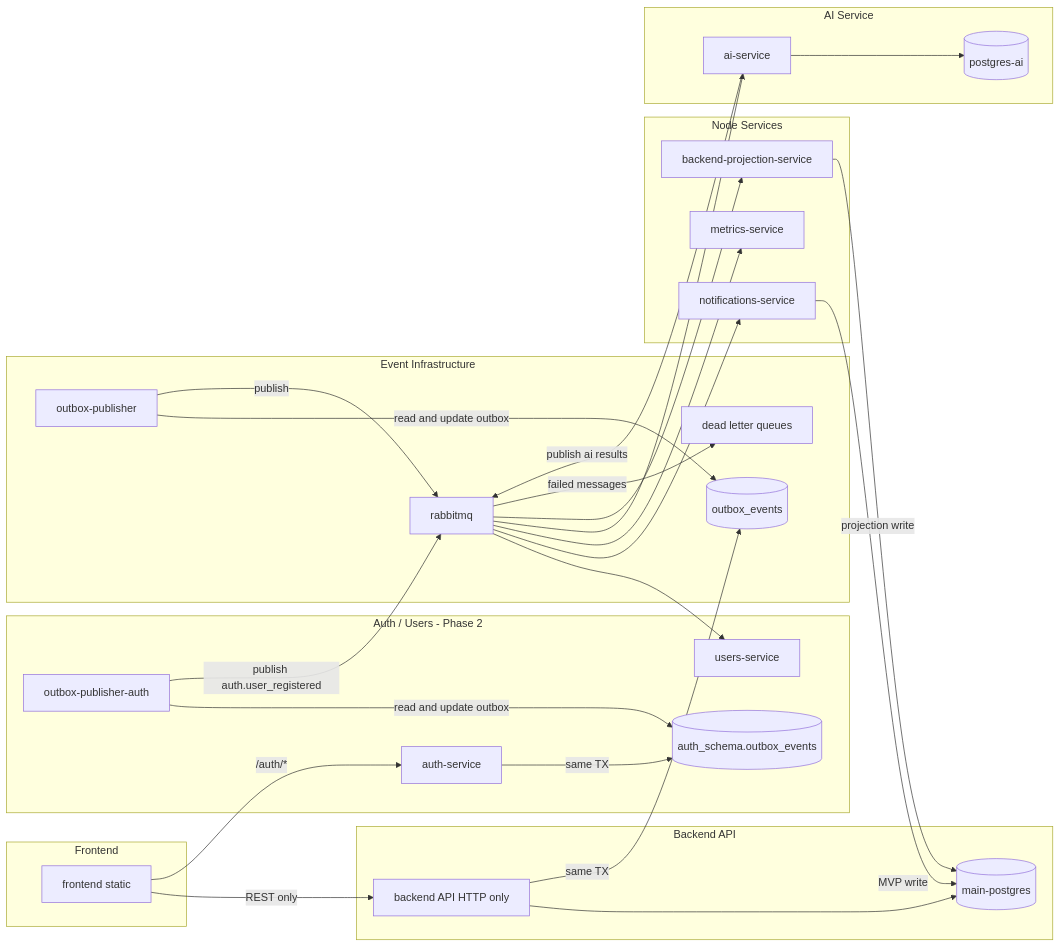
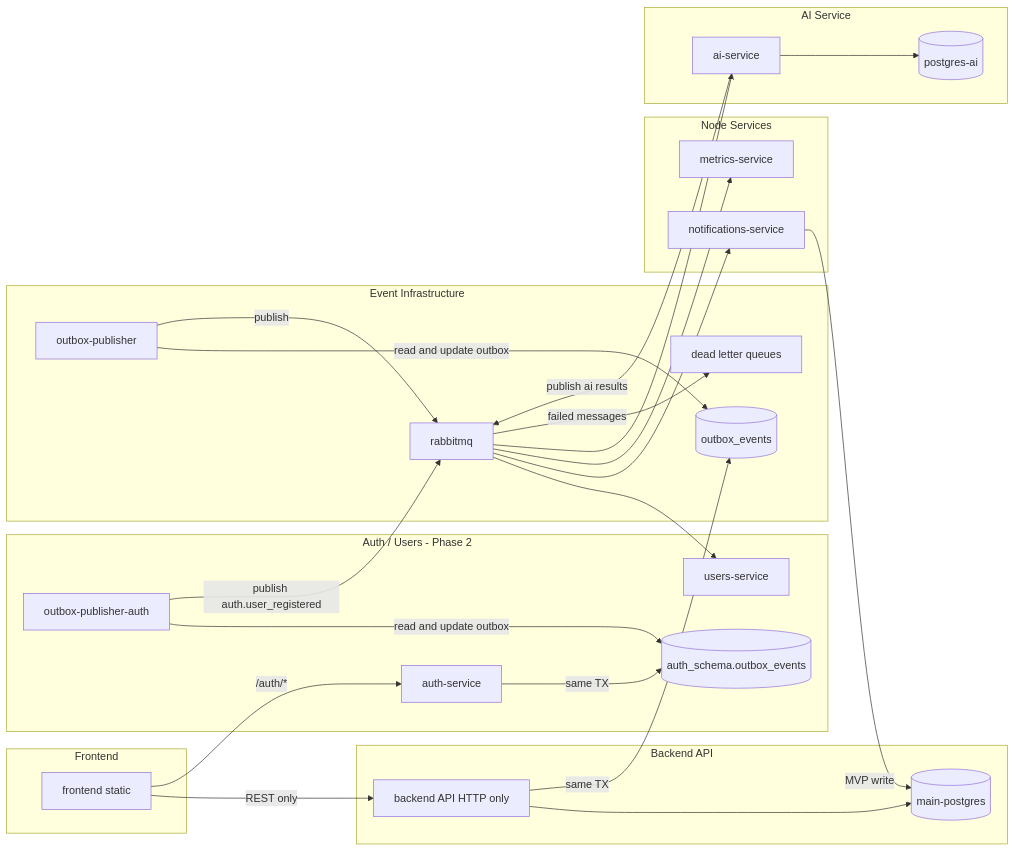
One commit to Vlad777mykola/crm-services changed the diagram in docs/architecture/target-production-architecture.md. Above: the diagram before and after it, drawn with Mermaid. The commit also changed other lines of this file and 57 other files, not shown here.

````diff
--- a/docs/architecture/target-production-architecture.md
+++ b/docs/architecture/target-production-architecture.md
@@ -35,56 +34,53 @@
 ```mermaid
 flowchart LR
   subgraph frontendLayer [Frontend]
     FE[frontend static]
   end
 
   subgraph apiLayer [Backend API]
     API[backend API HTTP only]
     PG[(main-postgres)]
   end
 
   subgraph authLayer [Auth / Users - Phase 2]
     AUTH[auth-service]
     AUTHOB[(auth_schema.outbox_events)]
     AUTHOP[outbox-publisher-auth]
     USERS[users-service]
   end
 
   subgraph eventLayer [Event Infrastructure]
     OB[(outbox_events)]
     OP[outbox-publisher]
     RMQ[rabbitmq]
     DLQ[dead letter queues]
   end
 
   subgraph nodeWorkers [Node Services]
     NS[notifications-service]
     MS[metrics-service]
-    BP[backend-projection-service]
   end
 
   subgraph aiLayer [AI Service]
     AI[ai-service]
     PGAI[(postgres-ai)]
   end
 
   FE -->|REST only| API
   FE -->|/auth/*| AUTH
   API --> PG
   API -->|same TX| OB
   OP -->|read and update outbox| OB
   OP -->|publish| RMQ
   AUTH -->|same TX| AUTHOB
   AUTHOP -->|read and update outbox| AUTHOB
   AUTHOP -->|publish auth.user_registered| RMQ
   RMQ --> USERS
   RMQ --> NS
   RMQ --> MS
   RMQ --> AI
-  RMQ --> BP
   RMQ -->|failed messages| DLQ
   NS -->|MVP write| PG
-  BP -->|projection write| PG
   AI --> PGAI
   AI -->|publish ai results| RMQ
 ```
````
